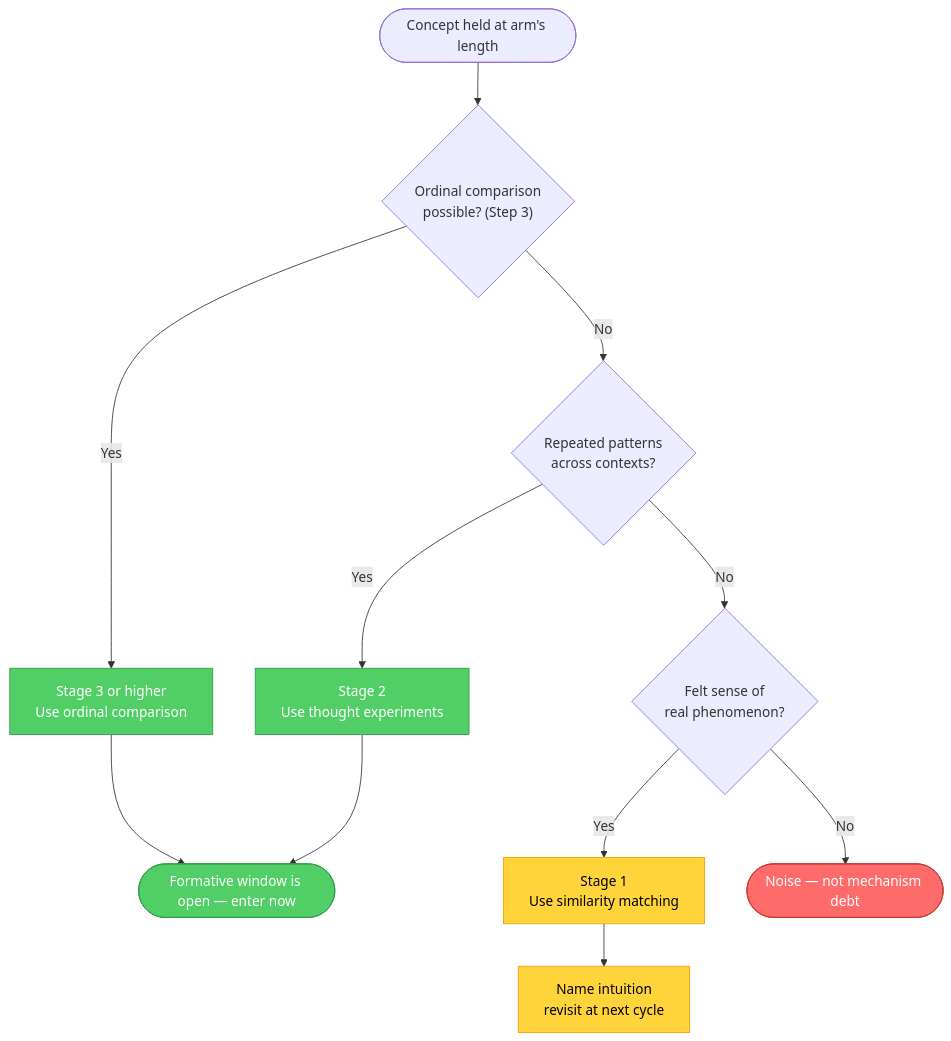
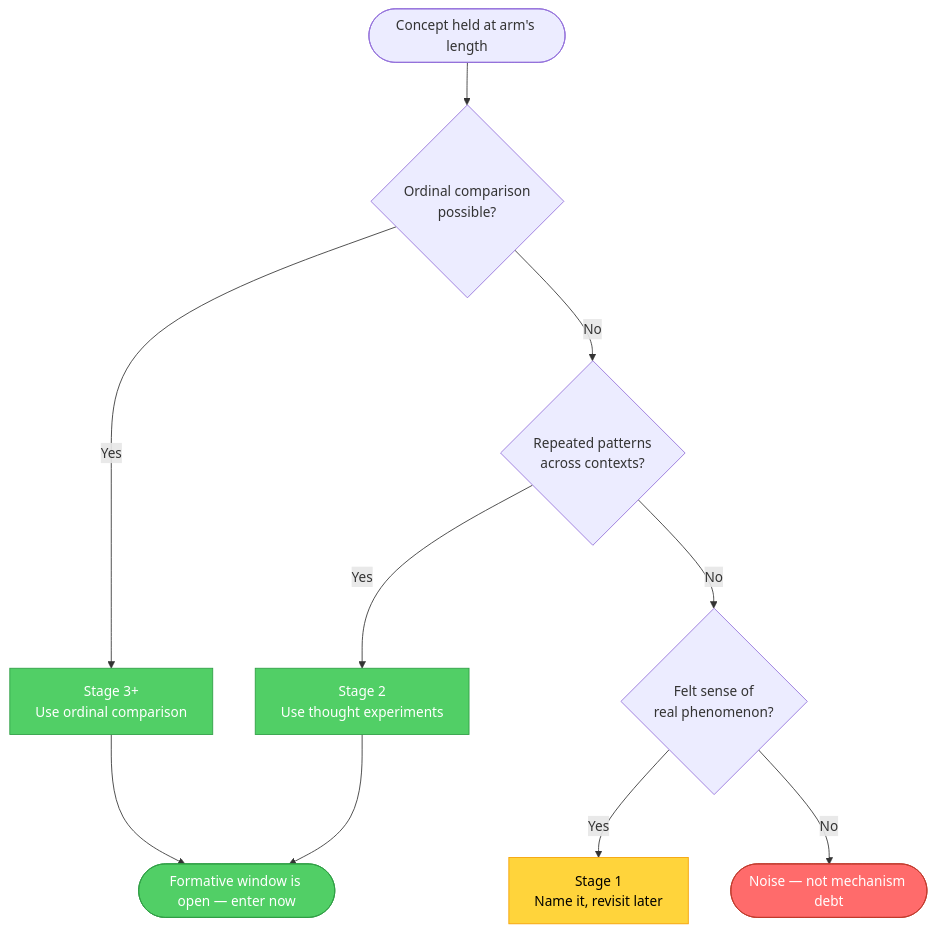
Before and after one commit to nilarkian/Saptak: the second of 2 diagrams in notes/mechanism-doesnt-exist-yet.md, drawn with Mermaid. The commit also changed other lines of this file and 4 other files, not shown here.

````diff
--- a/notes/mechanism-doesnt-exist-yet.md
+++ b/notes/mechanism-doesnt-exist-yet.md
@@ -255,18 +105,17 @@
 ```mermaid
 flowchart TD
     classDef go fill:#51cf66,stroke:#2f9e44,color:#fff
     classDef ready fill:#ffd43b,stroke:#f59f00,color:#000
     classDef drop fill:#ff6b6b,stroke:#c0392b,color:#fff
 
-    START(["Concept held at arm's length"]) --> Q1{"Ordinal comparison<br/>possible? (Step 3)"}
-    Q1 -->|"Yes"| AT3["Stage 3 or higher<br/>Use ordinal comparison"]:::go
+    START(["Concept held at arm's length"]) --> Q1{"Ordinal comparison<br/>possible?"}
+    Q1 -->|"Yes"| AT3["Stage 3+<br/>Use ordinal comparison"]:::go
     Q1 -->|"No"| Q2{"Repeated patterns<br/>across contexts?"}
     Q2 -->|"Yes"| AT2["Stage 2<br/>Use thought experiments"]:::go
     Q2 -->|"No"| Q3{"Felt sense of<br/>real phenomenon?"}
-    Q3 -->|"Yes"| AT1["Stage 1<br/>Use similarity matching"]:::ready
+    Q3 -->|"Yes"| AT1["Stage 1<br/>Name it, revisit later"]:::ready
     Q3 -->|"No"| NOISE(["Noise — not mechanism debt"]):::drop
 
     AT3 --> OPEN(["Formative window is open — enter now"]):::go
     AT2 --> OPEN
-    AT1 --> WAITMARK["Name intuition<br/>revisit at next cycle"]:::ready
 ```
````
